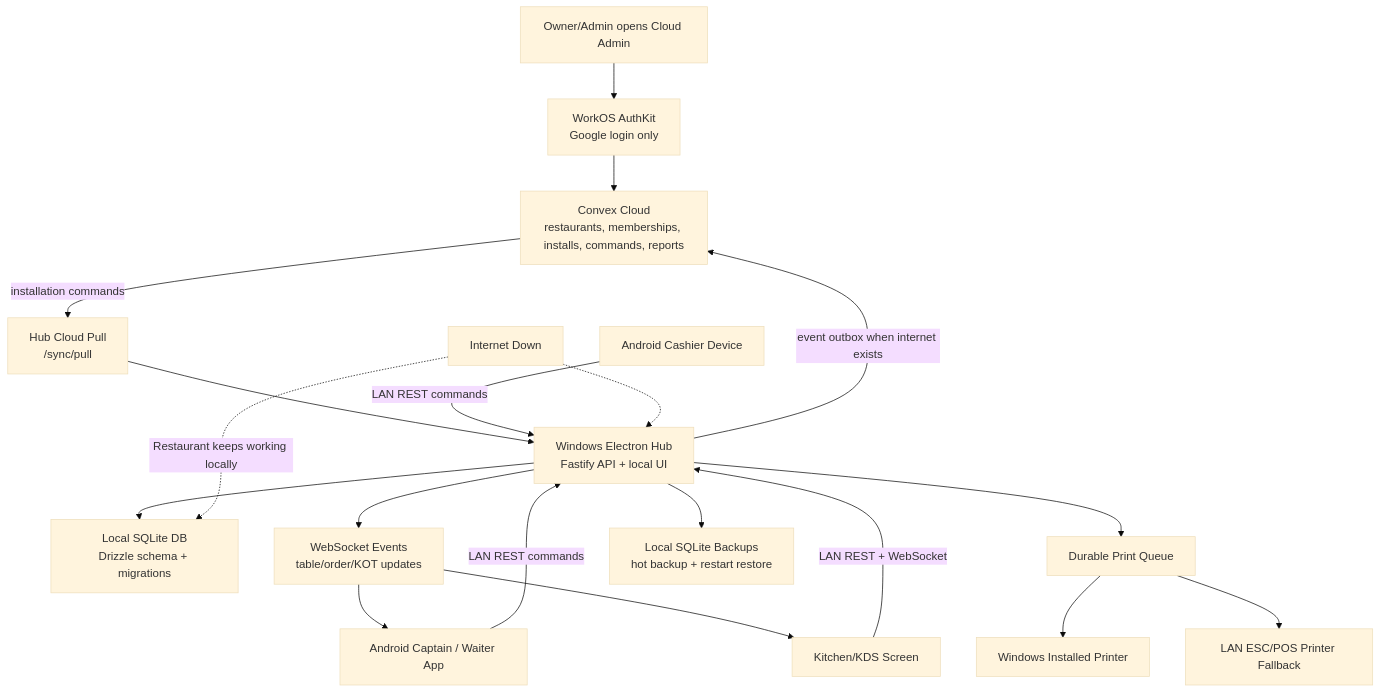
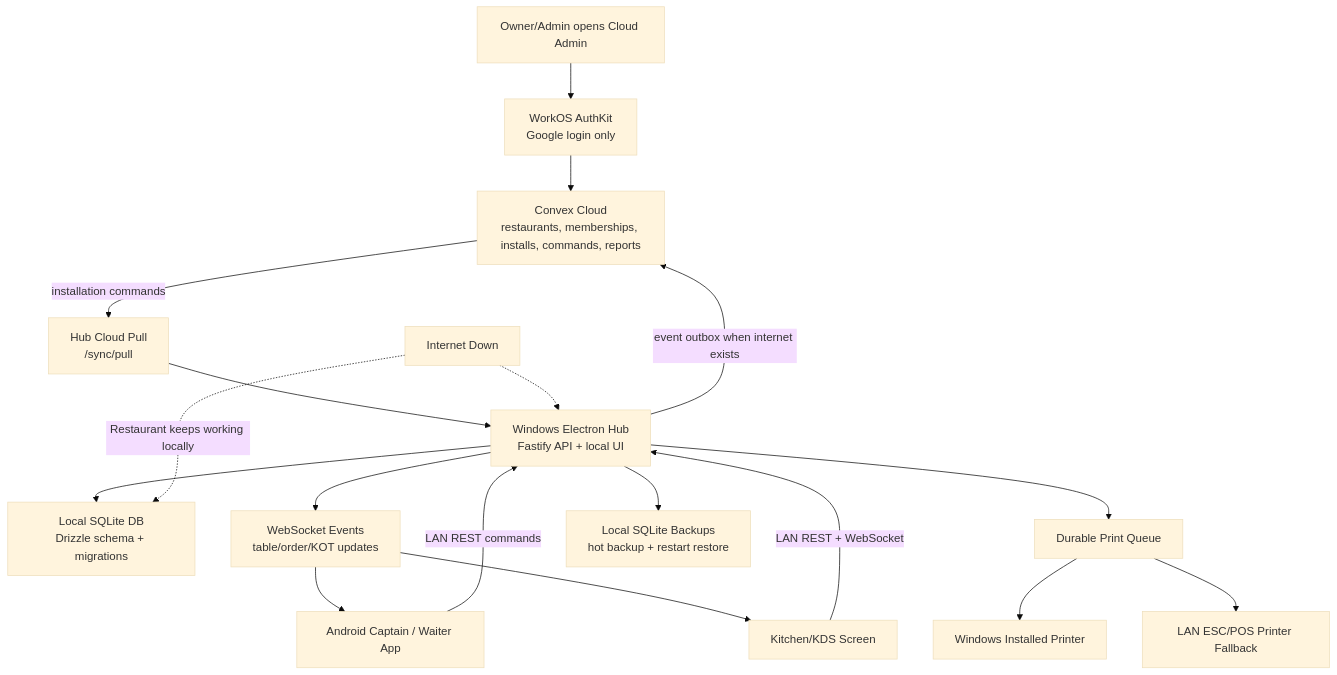
One commit to shubham909090/Open-POS changed the first of 3 diagrams in docs/architecture-junior-guide.md. Above: the diagram before and after it, drawn with Mermaid (base theme). The commit also changed other lines of this file and 45 other files, not shown here.

Commit message:
Refactor Convex app and update related UI flows

````diff
--- a/docs/architecture-junior-guide.md
+++ b/docs/architecture-junior-guide.md
@@ -15,27 +15,26 @@
 ```mermaid
 flowchart TD
   owner["Owner/Admin opens Cloud Admin"] --> workos["WorkOS AuthKit<br/>Google login only"]
   workos --> convex["Convex Cloud<br/>restaurants, memberships, installs, commands, reports"]
 
   convex -->|installation commands| hubPull["Hub Cloud Pull<br/>/sync/pull"]
   hubPull --> hub["Windows Electron Hub<br/>Fastify API + local UI"]
 
   waiter["Android Captain / Waiter App"] -->|LAN REST commands| hub
-  cashierPhone["Android Cashier Device"] -->|LAN REST commands| hub
   kitchenScreen["Kitchen/KDS Screen"] -->|LAN REST + WebSocket| hub
 
   hub --> sqlite["Local SQLite DB<br/>Drizzle schema + migrations"]
   hub --> ws["WebSocket Events<br/>table/order/KOT updates"]
   ws --> waiter
   ws --> kitchenScreen
 
   hub --> printQueue["Durable Print Queue"]
   printQueue --> systemPrinter["Windows Installed Printer"]
   printQueue --> lanPrinter["LAN ESC/POS Printer Fallback"]
 
   hub --> backups["Local SQLite Backups<br/>hot backup + restart restore"]
   hub -->|event outbox when internet exists| convex
 
   internetDown["Internet Down"] -.-> hub
   internetDown -. "Restaurant keeps working locally" .-> sqlite
 ```
````
